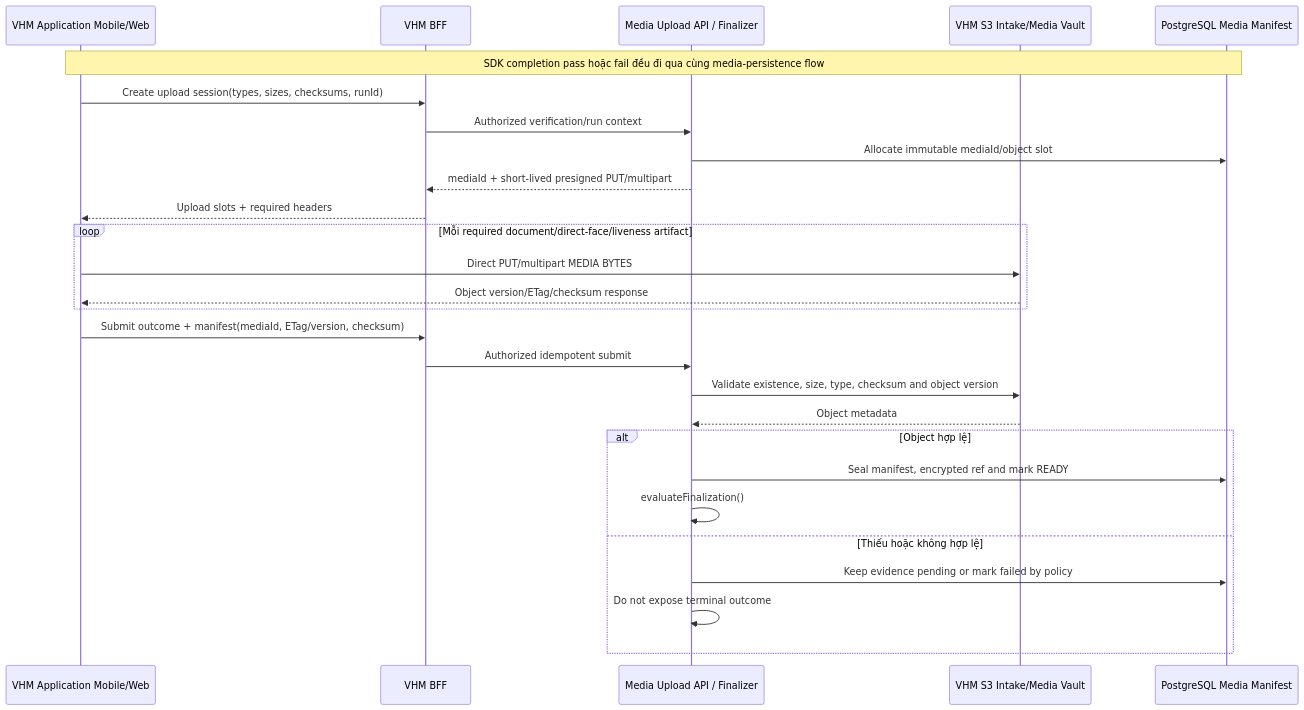
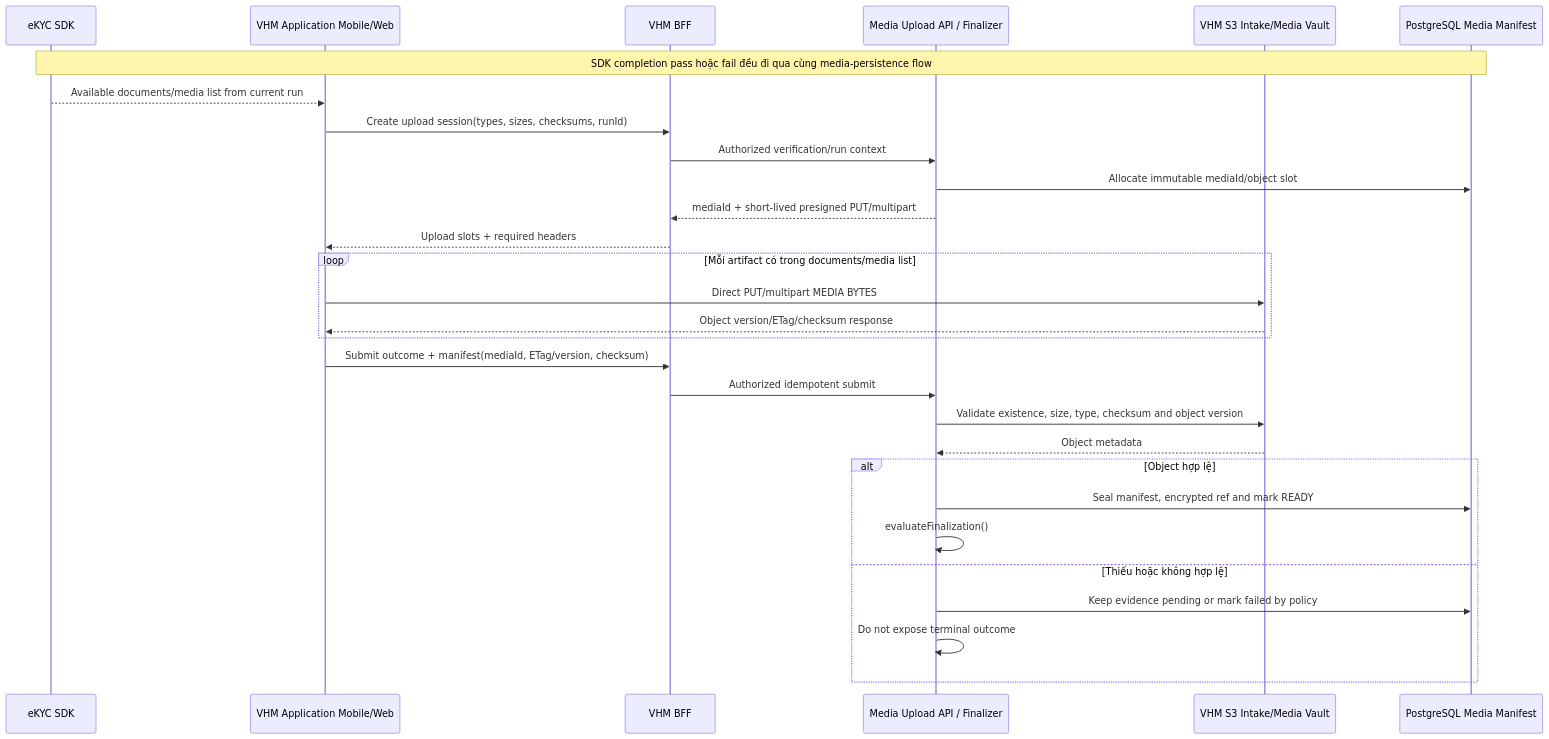
One commit to huynv-xyz/vhm changed the fourth of 19 diagrams in tdd2.md. Above: the diagram before and after it, drawn with Mermaid. The commit also changed other lines of this file, not shown here.

````diff
--- a/tdd2.md
+++ b/tdd2.md
@@ -504,30 +504,32 @@
 ```mermaid
 sequenceDiagram
+    participant SDK as eKYC SDK
     participant APP as VHM Application Mobile/Web
     participant BFF as VHM BFF
     participant MEDIA as Media Upload API / Finalizer
     participant S3 as VHM S3 Intake/Media Vault
     participant DB as PostgreSQL Media Manifest
 
-    Note over APP,DB: SDK completion pass hoặc fail đều đi qua cùng media-persistence flow
+    Note over SDK,DB: SDK completion pass hoặc fail đều đi qua cùng media-persistence flow
+    SDK-->>APP: Available documents/media list from current run
     APP->>BFF: Create upload session(types, sizes, checksums, runId)
     BFF->>MEDIA: Authorized verification/run context
     MEDIA->>DB: Allocate immutable mediaId/object slot
     MEDIA-->>BFF: mediaId + short-lived presigned PUT/multipart
     BFF-->>APP: Upload slots + required headers
-    loop Mỗi required document/direct-face/liveness artifact
+    loop Mỗi artifact có trong documents/media list
         APP->>S3: Direct PUT/multipart MEDIA BYTES
         S3-->>APP: Object version/ETag/checksum response
     end
     APP->>BFF: Submit outcome + manifest(mediaId, ETag/version, checksum)
     BFF->>MEDIA: Authorized idempotent submit
     MEDIA->>S3: Validate existence, size, type, checksum and object version
     S3-->>MEDIA: Object metadata
     alt Object hợp lệ
         MEDIA->>DB: Seal manifest, encrypted ref and mark READY
         MEDIA->>MEDIA: evaluateFinalization()
     else Thiếu hoặc không hợp lệ
         MEDIA->>DB: Keep evidence pending or mark failed by policy
         MEDIA->>MEDIA: Do not expose terminal outcome
     end
 ```
````
